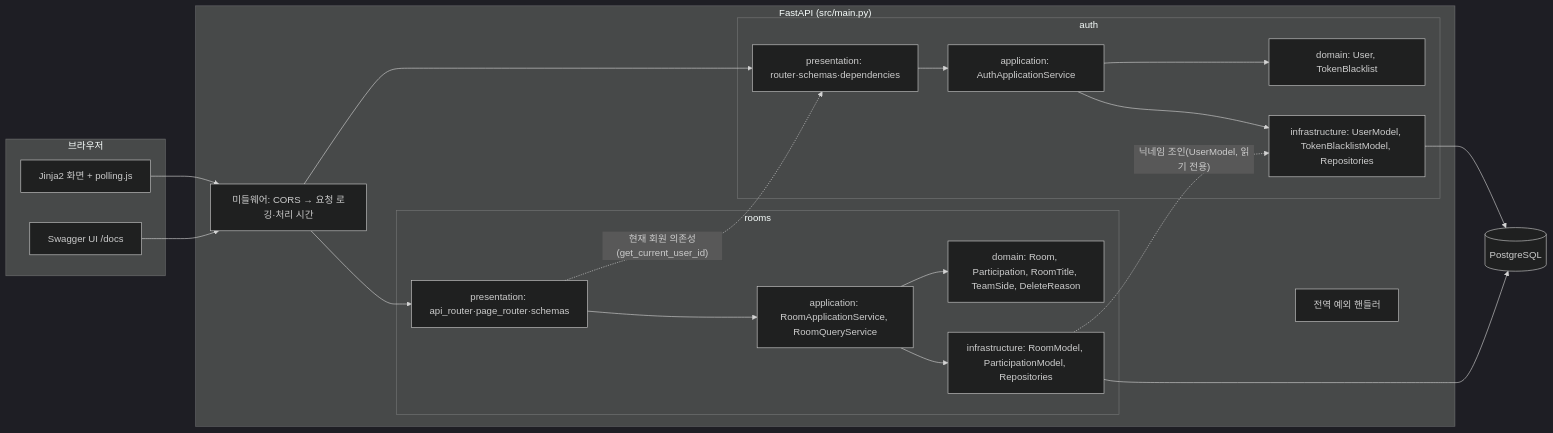
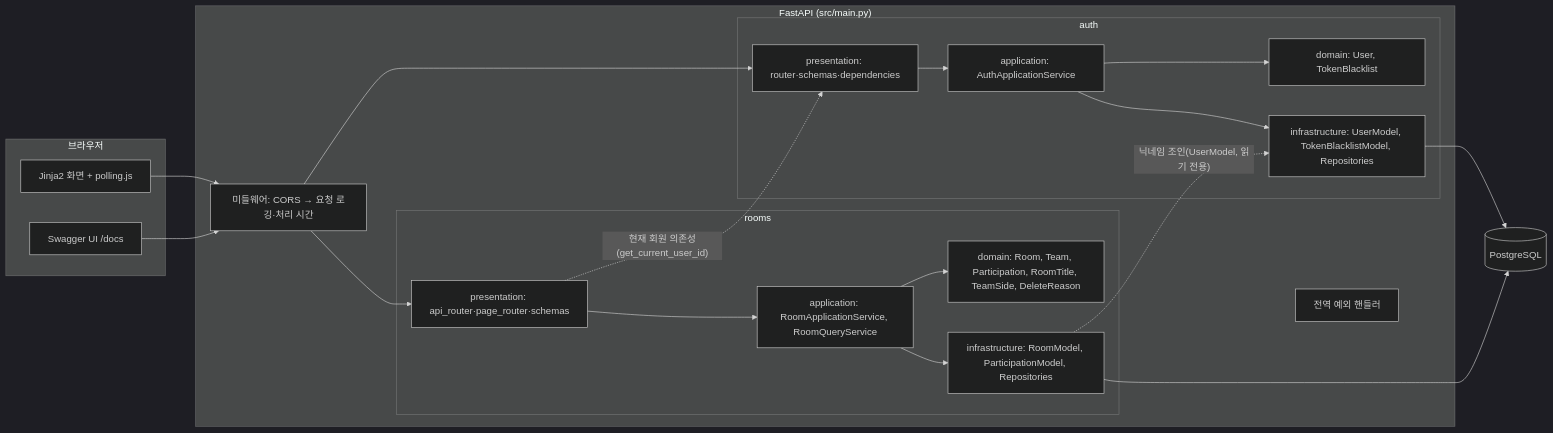
One commit to gyoo303/kant-backend-matchmaking changed the diagram in docs/02-arch/02-system-architecture.md. Above: the diagram before and after it, drawn with Mermaid (dark theme). The commit also changed other lines of this file and 7 other files, not shown here.

````diff
--- a/docs/02-arch/02-system-architecture.md
+++ b/docs/02-arch/02-system-architecture.md
@@ -8,36 +8,36 @@
 ```mermaid
 flowchart LR
     subgraph Browser["브라우저"]
         WEB["Jinja2 화면 + polling.js"]
         SW["Swagger UI /docs"]
     end
     subgraph App["FastAPI (src/main.py)"]
         MW["미들웨어: CORS → 요청 로깅·처리 시간"]
         EH["전역 예외 핸들러"]
         subgraph AUTH["auth"]
             AP["presentation: router·schemas·dependencies"]
             AA["application: AuthApplicationService"]
             AD["domain: User, TokenBlacklist"]
             AI["infrastructure: UserModel, TokenBlacklistModel, Repositories"]
         end
         subgraph ROOMS["rooms"]
             RP["presentation: api_router·page_router·schemas"]
             RA["application: RoomApplicationService, RoomQueryService"]
-            RD["domain: Room, Participation, RoomTitle, TeamSide, DeleteReason"]
+            RD["domain: Room, Team, Participation, RoomTitle, TeamSide, DeleteReason"]
             RI["infrastructure: RoomModel, ParticipationModel, Repositories"]
         end
     end
     DB[("PostgreSQL")]
     WEB --> MW
     SW --> MW
     MW --> AP
     MW --> RP
     AP --> AA --> AD
     AA --> AI
     RP --> RA --> RD
     RA --> RI
     RP -. "현재 회원 의존성(get_current_user_id)" .-> AP
     RI -. "닉네임 조인(UserModel, 읽기 전용)" .-> AI
     AI --> DB
     RI --> DB
 ```
````
